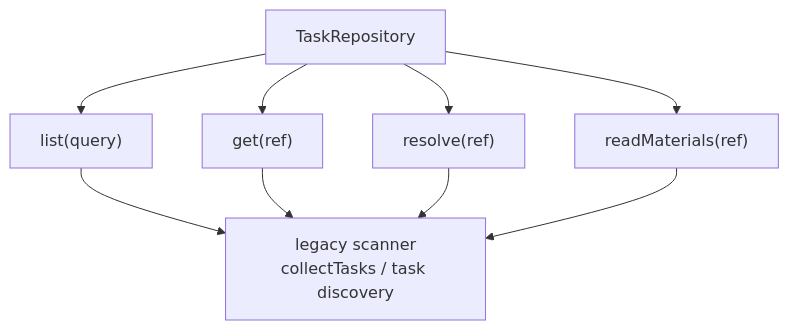
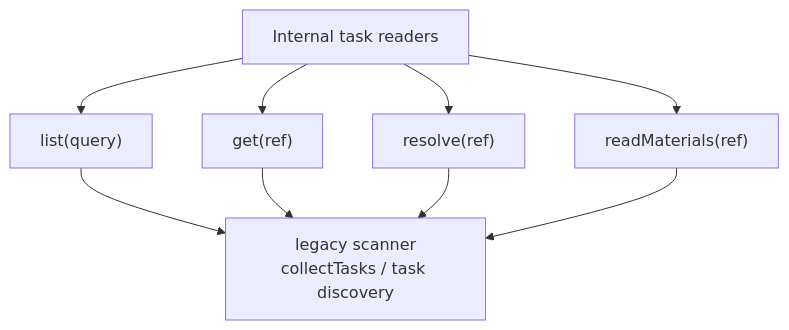
Before and after one commit to FairladyZ625/coding-agent-harness: the third of 8 diagrams in docs-release/architecture/system-explainer/en-US/05-data-flow.md, drawn with Mermaid. The commit also changed other lines of this file and 8 other files, not shown here.

Commit message:
docs(architecture): align release docs with retired package surface

````diff
--- a/docs-release/architecture/system-explainer/en-US/05-data-flow.md
+++ b/docs-release/architecture/system-explainer/en-US/05-data-flow.md
@@ -51,18 +51,18 @@
 ```mermaid
 flowchart TD
-  Repo["TaskRepository"]
+  Repo["Internal task readers"]
   List["list(query)"]
   Get["get(ref)"]
   Resolve["resolve(ref)"]
   Materials["readMaterials(ref)"]
   Scanner["legacy scanner\ncollectTasks / task discovery"]
 
   Repo --> List
   Repo --> Get
   Repo --> Resolve
   Repo --> Materials
   List --> Scanner
   Get --> Scanner
   Resolve --> Scanner
   Materials --> Scanner
 ```
````
